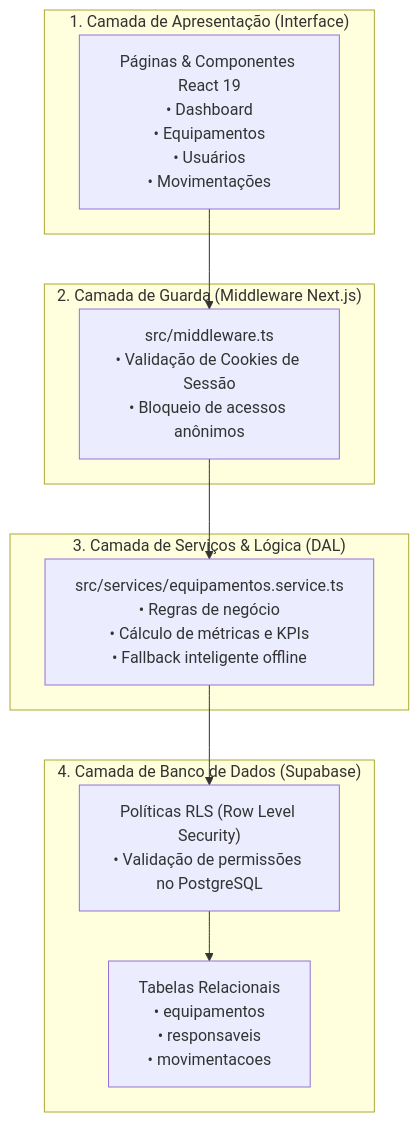
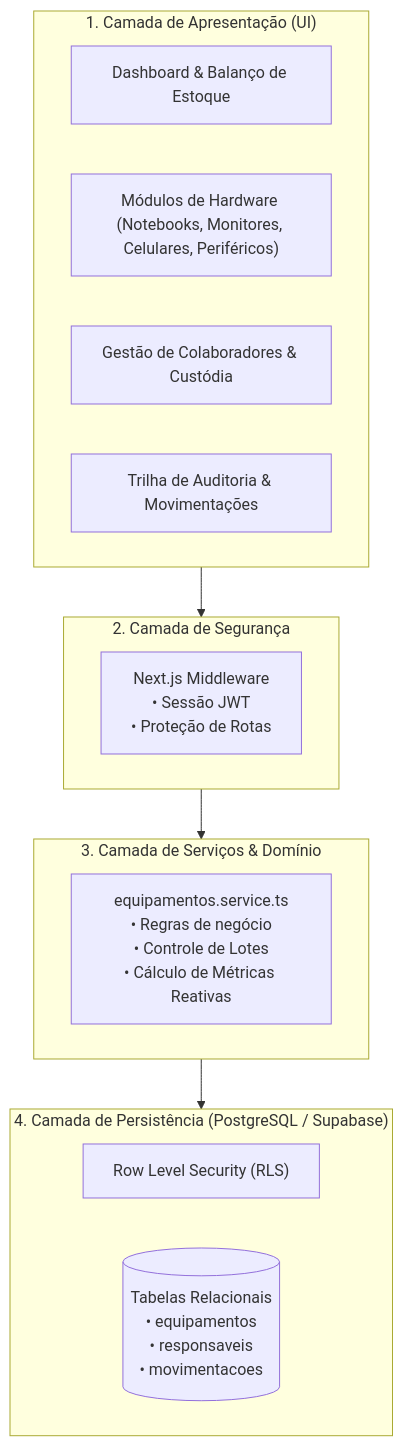
One commit to gabinethe/inventario-ti changed the second of 3 diagrams in README.md. Above: the diagram before and after it, drawn with Mermaid. The commit also changed other lines of this file, not shown here.

````diff
--- a/README.md
+++ b/README.md
@@ -97,24 +111,26 @@
 ```mermaid
 flowchart TD
-    subgraph Frontend ["1. Camada de Apresentação (Interface)"]
-        UI["Páginas & Componentes React 19\n• Dashboard\n• Equipamentos\n• Usuários\n• Movimentações"]
+    subgraph Presentation ["1. Camada de Apresentação (UI)"]
+        Dashboard["Dashboard & Balanço de Estoque"]
+        Inventory["Módulos de Hardware (Notebooks, Monitores, Celulares, Periféricos)"]
+        Users["Gestão de Colaboradores & Custódia"]
+        Audit["Trilha de Auditoria & Movimentações"]
     end
 
-    subgraph Security ["2. Camada de Guarda (Middleware Next.js)"]
-        MW["src/middleware.ts\n• Validação de Cookies de Sessão\n• Bloqueio de acessos anônimos"]
+    subgraph SecurityGate ["2. Camada de Segurança"]
+        MW["Next.js Middleware\n• Sessão JWT\n• Proteção de Rotas"]
     end
 
-    subgraph Business ["3. Camada de Serviços & Lógica (DAL)"]
-        Service["src/services/equipamentos.service.ts\n• Regras de negócio\n• Cálculo de métricas e KPIs\n• Fallback inteligente offline"]
+    subgraph BusinessLogic ["3. Camada de Serviços & Domínio"]
+        DAL["equipamentos.service.ts\n• Regras de negócio\n• Controle de Lotes\n• Cálculo de Métricas Reativas"]
     end
 
-    subgraph Database ["4. Camada de Banco de Dados (Supabase)"]
-        RLS["Políticas RLS (Row Level Security)\n• Validação de permissões no PostgreSQL"]
-        Tables["Tabelas Relacionais\n• equipamentos\n• responsaveis\n• movimentacoes"]
+    subgraph Persistence ["4. Camada de Persistência (PostgreSQL / Supabase)"]
+        RLS["Row Level Security (RLS)"]
+        DB[("Tabelas Relacionais\n• equipamentos\n• responsaveis\n• movimentacoes")]
     end
 
-    UI --> MW
-    MW --> Service
-    Service --> RLS
-    RLS --> Tables
+    Presentation --> SecurityGate
+    SecurityGate --> BusinessLogic
+    BusinessLogic --> Persistence
 ```
````
